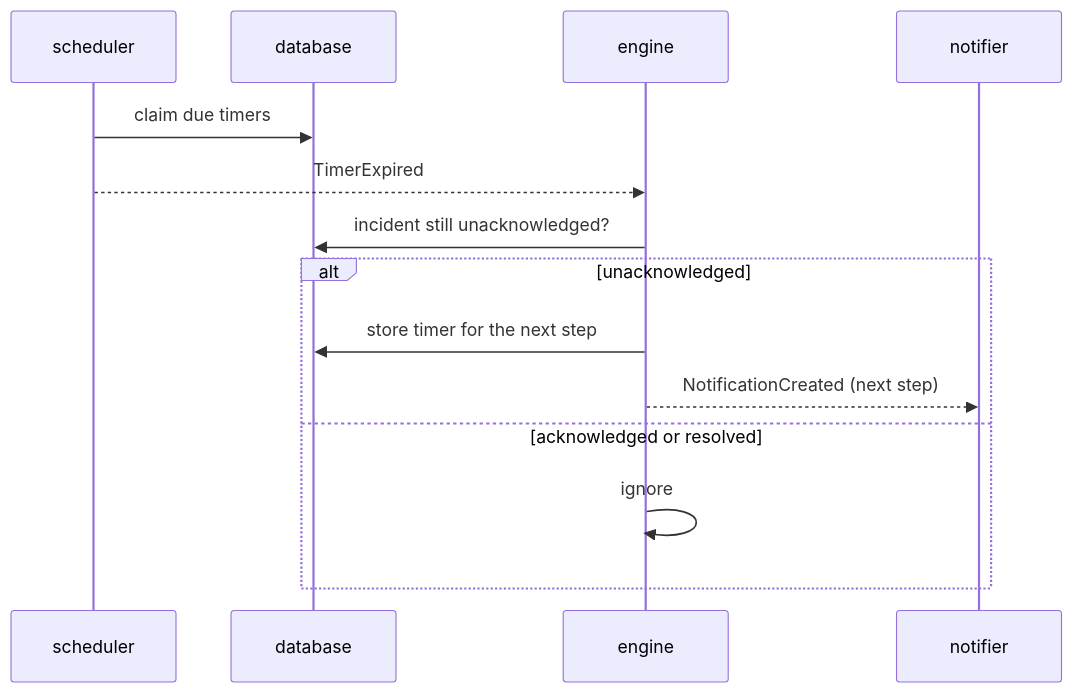
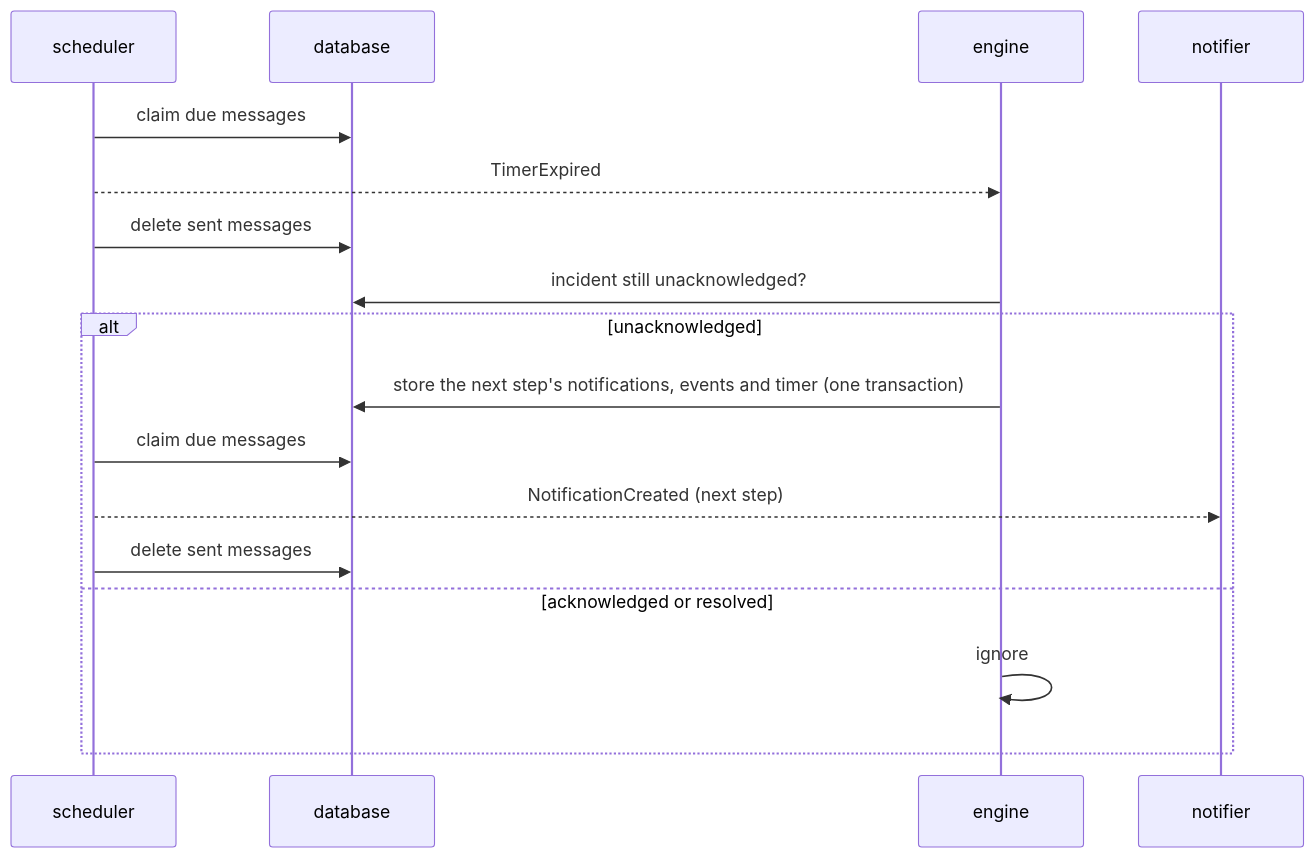
One commit to murphyhq/server changed the third of 5 diagrams in docs/architecture.md. Above: the diagram before and after it, drawn with Mermaid. The commit also changed other lines of this file and 1 other file, not shown here.

First line of the commit message:
feat(incidents): escalate incidents, acknowledge and resolve them, publish through scheduled messages (#40)

````diff
--- a/docs/architecture.md
+++ b/docs/architecture.md
@@ -135,16 +138,19 @@
 ```mermaid
 sequenceDiagram
   participant S as scheduler
   participant D as database
   participant E as engine
   participant N as notifier
-  S->>D: claim due timers
+  S->>D: claim due messages
   S-->>E: TimerExpired
+  S->>D: delete sent messages
   E->>D: incident still unacknowledged?
   alt unacknowledged
-    E->>D: store timer for the next step
-    E-->>N: NotificationCreated (next step)
+    E->>D: store the next step's notifications, events and timer (one transaction)
+    S->>D: claim due messages
+    S-->>N: NotificationCreated (next step)
+    S->>D: delete sent messages
   else acknowledged or resolved
     E->>E: ignore
   end
 ```
````
